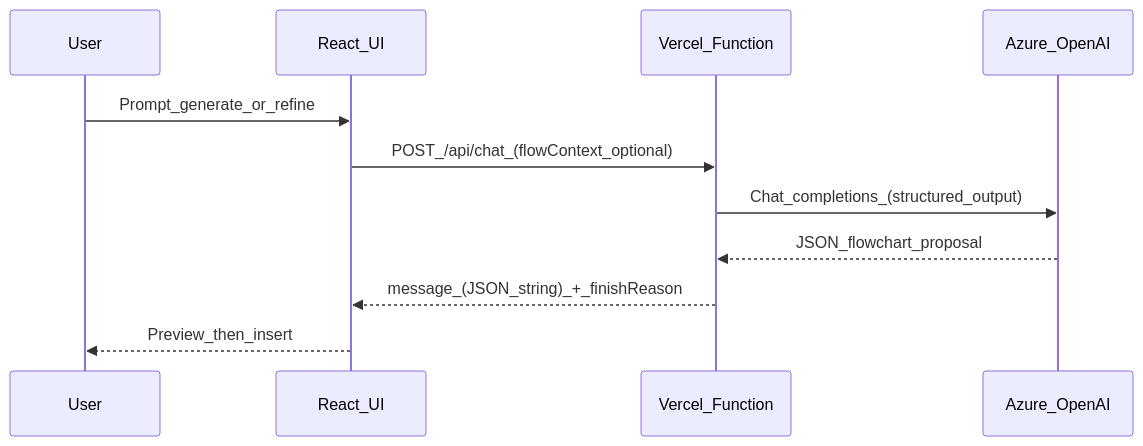
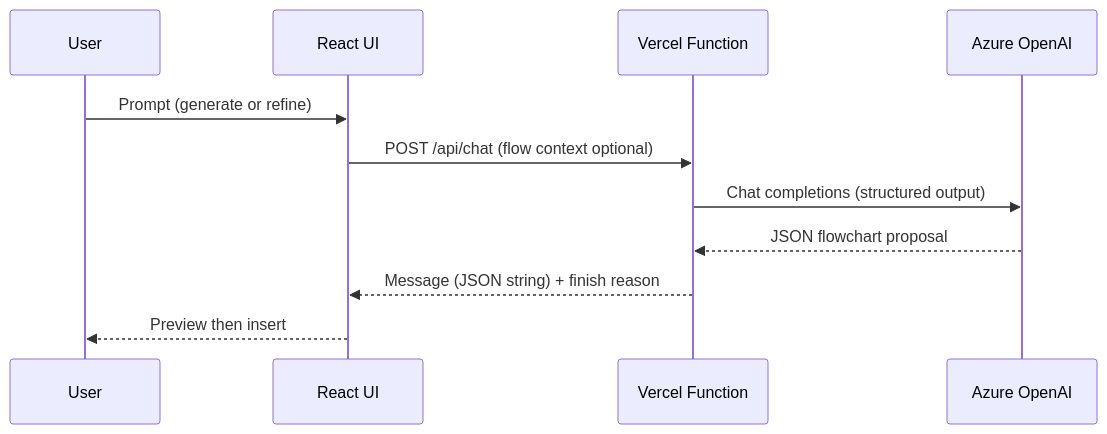
The diagram in README.md (tmcfarlane/flowchart), drawn with Mermaid before and after one commit. The commit also changed other lines of this file and 2 other files, not shown here.

````diff
--- a/README.md
+++ b/README.md
@@ -115,14 +109,14 @@
 ```mermaid
 sequenceDiagram
   participant User
-  participant UI as React_UI
-  participant API as Vercel_Function
-  participant Azure as Azure_OpenAI
+  participant UI as React UI
+  participant API as Vercel Function
+  participant Azure as Azure OpenAI
 
-  User->>UI: Prompt_generate_or_refine
-  UI->>API: POST_/api/chat_(flowContext_optional)
-  API->>Azure: Chat_completions_(structured_output)
-  Azure-->>API: JSON_flowchart_proposal
-  API-->>UI: message_(JSON_string)_+_finishReason
-  UI-->>User: Preview_then_insert
+  User->>UI: Prompt (generate or refine)
+  UI->>API: POST /api/chat (flow context optional)
+  API->>Azure: Chat completions (structured output)
+  Azure-->>API: JSON flowchart proposal
+  API-->>UI: Message (JSON string) + finish reason
+  UI-->>User: Preview then insert
 ```
````
